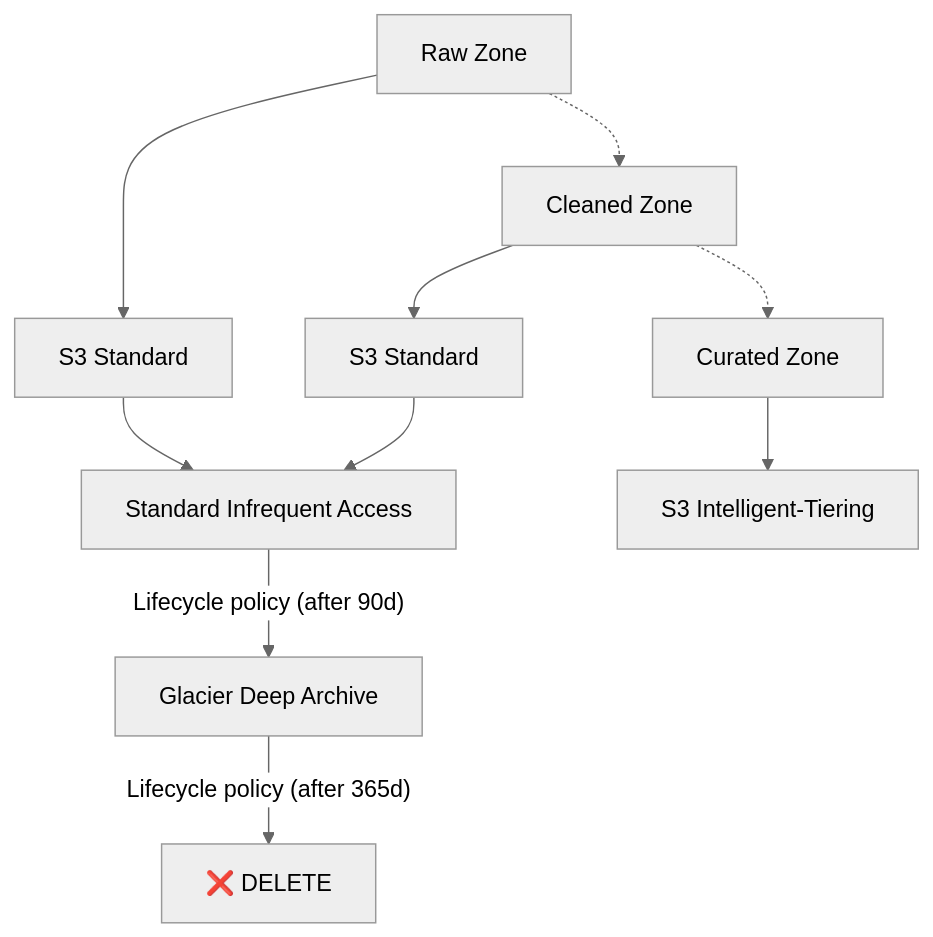
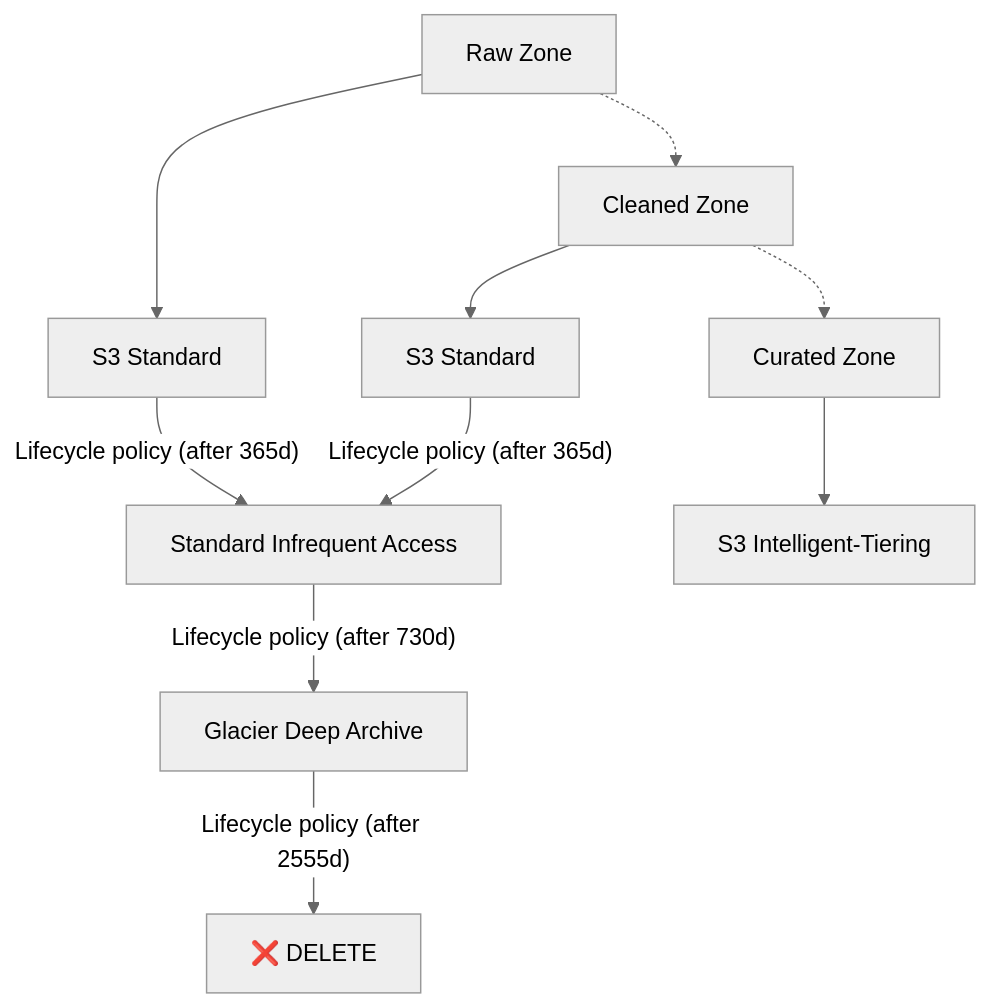
One commit to danilo01arrudal/Exated-Documentation changed the second of 2 diagrams in AWS/Data Lake/Readme.md. Above: the diagram before and after it, drawn with Mermaid (neutral theme). The commit also changed other lines of this file, not shown here.

````diff
--- a/AWS/Data Lake/Readme.md
+++ b/AWS/Data Lake/Readme.md
@@ -141,15 +141,15 @@
 ```mermaid
 flowchart TD
     Raw["Raw Zone<br>"]
     Cleaned["Cleaned Zone<br>"]
     Curated["Curated Zone<br>"]
 
     Raw -.-> Cleaned -.-> Curated
     Raw --> S3_Standard1["S3 Standard"]
     Cleaned --> S3_Standard2["S3 Standard"]
-    S3_Standard1 --> S3_StandardAI["Standard Infrequent Access"]
-    S3_Standard2 --> S3_StandardAI["Standard Infrequent Access"]
-    S3_StandardAI --> |"Lifecycle policy (after 90d)"| Glacier["Glacier Deep Archive"]
-    Glacier --> |"Lifecycle policy (after 365d)"| Destruction["❌ DELETE"]
+    S3_Standard1 --> |"Lifecycle policy (after 365d)"| S3_StandardAI["Standard Infrequent Access"]
+    S3_Standard2 --> |"Lifecycle policy (after 365d)"|S3_StandardAI["Standard Infrequent Access"]
+    S3_StandardAI --> |"Lifecycle policy (after 730d)"| Glacier["Glacier Deep Archive"]
+    Glacier --> |"Lifecycle policy (after 2555d)"| Destruction["❌ DELETE"]
     Curated --> S3["S3 Intelligent-Tiering"]
 ```
````
